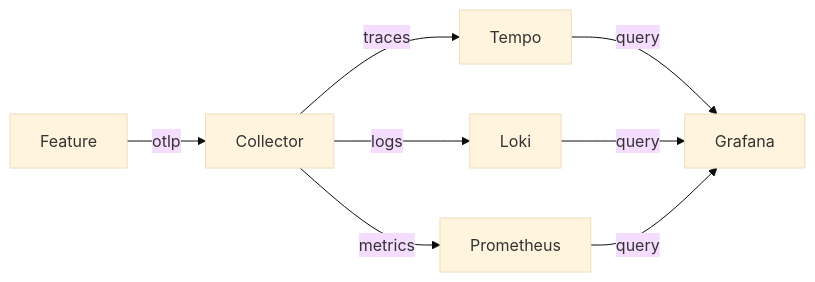
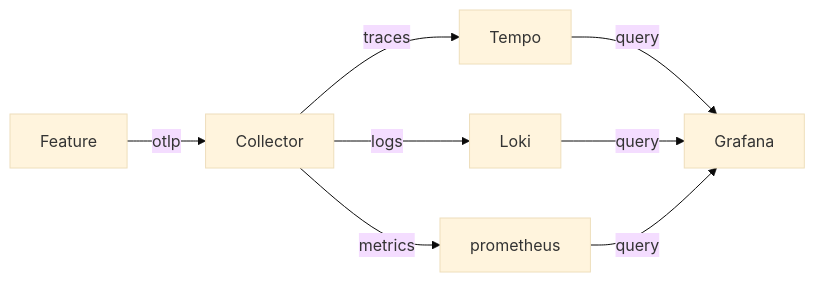
Before and after one commit to nais/handbook: the second of 4 diagrams in docs/technical/observability.md, drawn with Mermaid (base theme). The commit also changed other lines of this file, not shown here.

````diff
--- a/docs/technical/observability.md
+++ b/docs/technical/observability.md
@@ -28,18 +63,18 @@
     ```mermaid
     graph LR
       Feature[Feature]
       OtelCollector[Collector]
       Loki
-      Prometheus
+      prometheus
       Tempo
 
       Feature -- otlp --> OtelCollector
 
       OtelCollector -- traces --> Tempo
       OtelCollector -- logs --> Loki
-      OtelCollector -- metrics --> Prometheus
+      OtelCollector -- metrics --> prometheus
 
       Tempo -- query --> Grafana
       Loki -- query --> Grafana
-      Prometheus -- query --> Grafana
+      prometheus -- query --> Grafana
     ```
````
